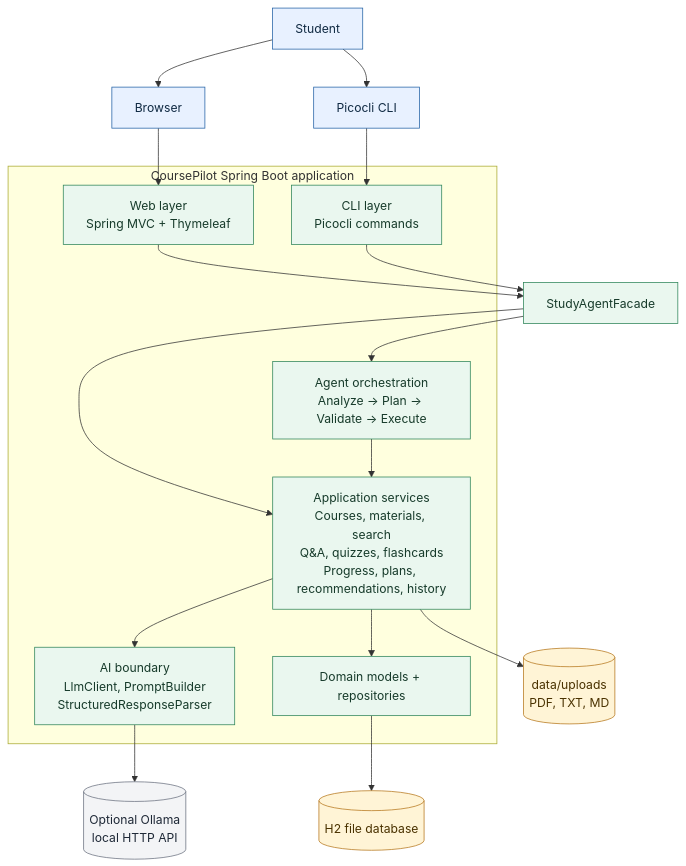
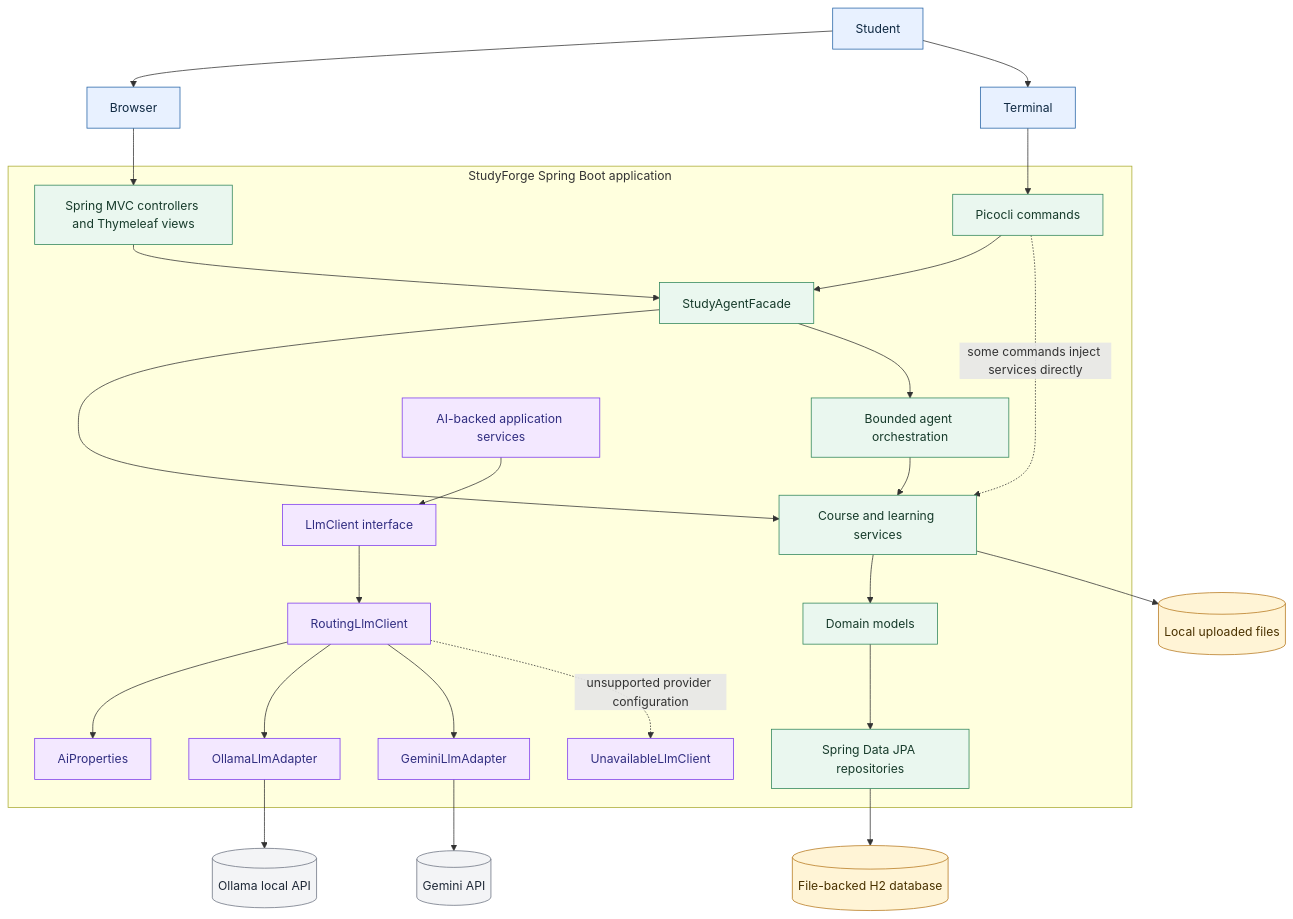
The first of 4 diagrams in docs/architecture-diagram.md (ZaaidAhmed/StudyForge), drawn with Mermaid before and after one commit. The commit also changed other lines of this file and 6 other files, not shown here.

````diff
--- a/docs/architecture-diagram.md
+++ b/docs/architecture-diagram.md
@@ -9,42 +7,56 @@
 ```mermaid
 flowchart TB
-    User[Student]
-    Web[Browser]
-    Cli[Picocli CLI]
-    Facade[StudyAgentFacade]
+    Student[Student]
+    Browser[Browser]
+    Terminal[Terminal]
 
-    subgraph App[CoursePilot Spring Boot application]
-        WebLayer[Web layer\nSpring MVC + Thymeleaf]
-        CliLayer[CLI layer\nPicocli commands]
-        Services[Application services\nCourses, materials, search\nQ&A, quizzes, flashcards\nProgress, plans, recommendations, history]
-        Agent[Agent orchestration\nAnalyze -> Plan -> Validate -> Execute]
-        Ai[AI boundary\nLlmClient, PromptBuilder\nStructuredResponseParser]
-        Domain[Domain models + repositories]
+    subgraph App[StudyForge Spring Boot application]
+        Web[Spring MVC controllers and Thymeleaf views]
+        Cli[Picocli commands]
+        Facade[StudyAgentFacade]
+        Services[Course and learning services]
+        Agent[Bounded agent orchestration]
+        Domain[Domain models]
+        Repositories[Spring Data JPA repositories]
+        AiServices[AI-backed application services]
+        AiPort[LlmClient interface]
+        Router[RoutingLlmClient]
+        OllamaAdapter[OllamaLlmAdapter]
+        GeminiAdapter[GeminiLlmAdapter]
+        UnsupportedAdapter[UnavailableLlmClient]
+        Properties[AiProperties]
     end
 
-    Files[(data/uploads\nPDF, TXT, MD)]
-    Database[(H2 file database)]
-    Ollama[(Optional Ollama\nlocal HTTP API)]
+    Uploads[(Local uploaded files)]
+    H2[(File-backed H2 database)]
+    Ollama[(Ollama local API)]
+    Gemini[(Gemini API)]
 
-    User --> Web
-    User --> Cli
-    Web --> WebLayer --> Facade
-    Cli --> CliLayer --> Facade
+    Student --> Browser --> Web
+    Student --> Terminal --> Cli
+    Web --> Facade
+    Cli --> Facade
+    Cli -. "some commands inject services directly" .-> Services
     Facade --> Services
     Facade --> Agent
     Agent --> Services
-    Services --> Ai
     Services --> Domain
-    Domain --> Database
-    Services --> Files
-    Ai --> Ollama
+    Domain --> Repositories --> H2
+    Services --> Uploads
+    AiServices --> AiPort --> Router
+    Router --> Properties
+    Router --> OllamaAdapter --> Ollama
+    Router --> GeminiAdapter --> Gemini
+    Router -. "unsupported provider configuration" .-> UnsupportedAdapter
 
-    classDef actor fill:#e8f1ff,stroke:#2563a6,color:#102a43
+    classDef entry fill:#e8f1ff,stroke:#2563a6,color:#102a43
     classDef app fill:#eaf7ef,stroke:#2f855a,color:#173b2b
+    classDef ai fill:#f3e8ff,stroke:#7c3aed,color:#312e81
     classDef store fill:#fff4d6,stroke:#b7791f,color:#4a3200
     classDef external fill:#f3f4f6,stroke:#6b7280,color:#1f2937
-    class User,Web,Cli actor
-    class WebLayer,CliLayer,Facade,Services,Agent,Ai,Domain app
-    class Files,Database store
-    class Ollama external
+    class Student,Browser,Terminal entry
+    class Web,Cli,Facade,Services,Agent,Domain,Repositories app
+    class AiServices,AiPort,Router,OllamaAdapter,GeminiAdapter,UnsupportedAdapter,Properties ai
+    class Uploads,H2 store
+    class Ollama,Gemini external
 ```
````
